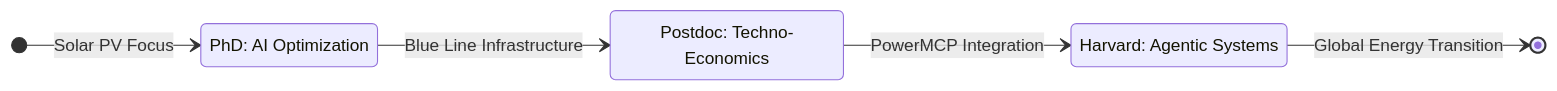
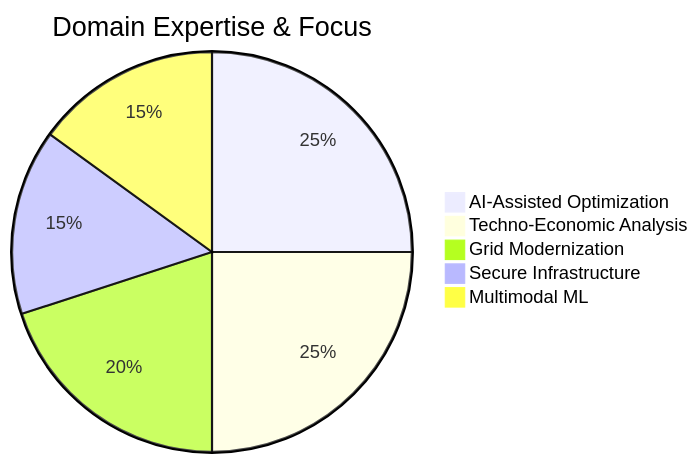
Before and after one commit to BurhanAbdullah/BurhanAbdullah: the diagram in README.md, drawn with Mermaid. The commit also changed other lines of this file, not shown here.

````diff
--- a/README.md
+++ b/README.md
@@ -25,12 +25,8 @@
 ```mermaid
-stateDiagram-v2
-    direction LR
-    state "PhD: AI Optimization" as S1
-    state "Postdoc: Techno-Economics" as S2
-    state "Harvard: Agentic Systems" as S3
-    
-    [*] --> S1: Solar PV Focus
-    S1 --> S2: Blue Line Infrastructure
-    S2 --> S3: PowerMCP Integration
-    S3 --> [*]: Global Energy Transition
+pie title Domain Expertise & Focus
+    "AI-Assisted Optimization" : 25
+    "Techno-Economic Analysis" : 25
+    "Grid Modernization" : 20
+    "Secure Infrastructure" : 15
+    "Multimodal ML" : 15
 ```
````
